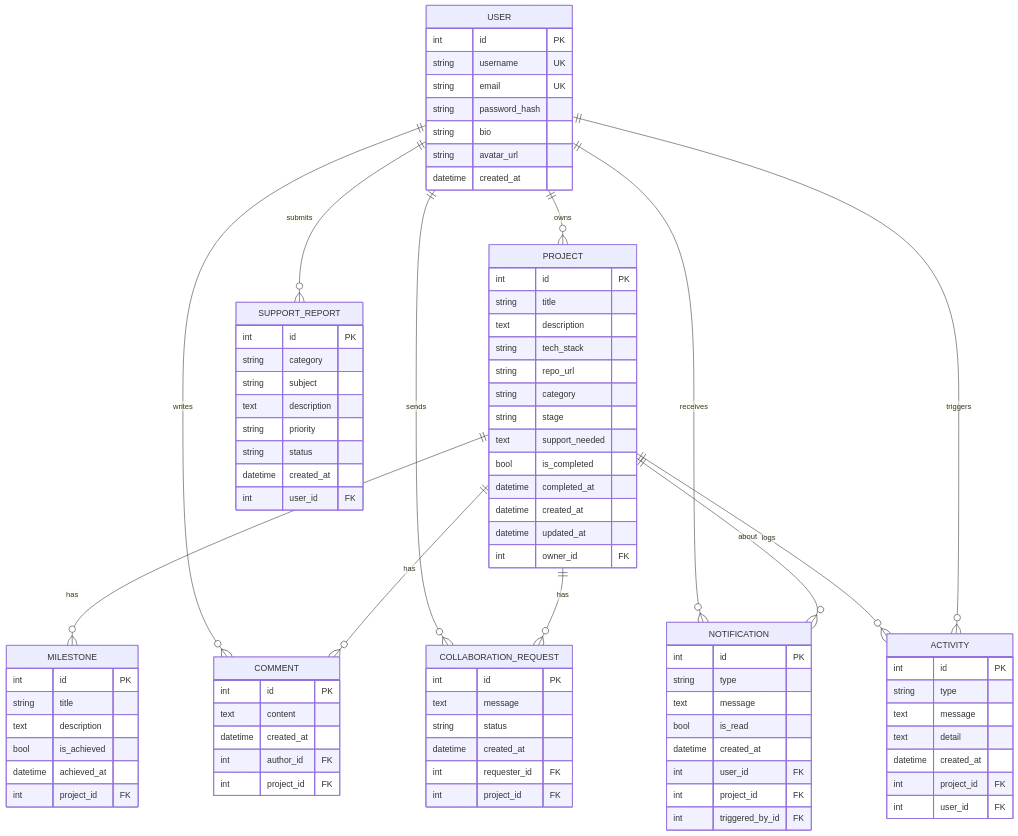
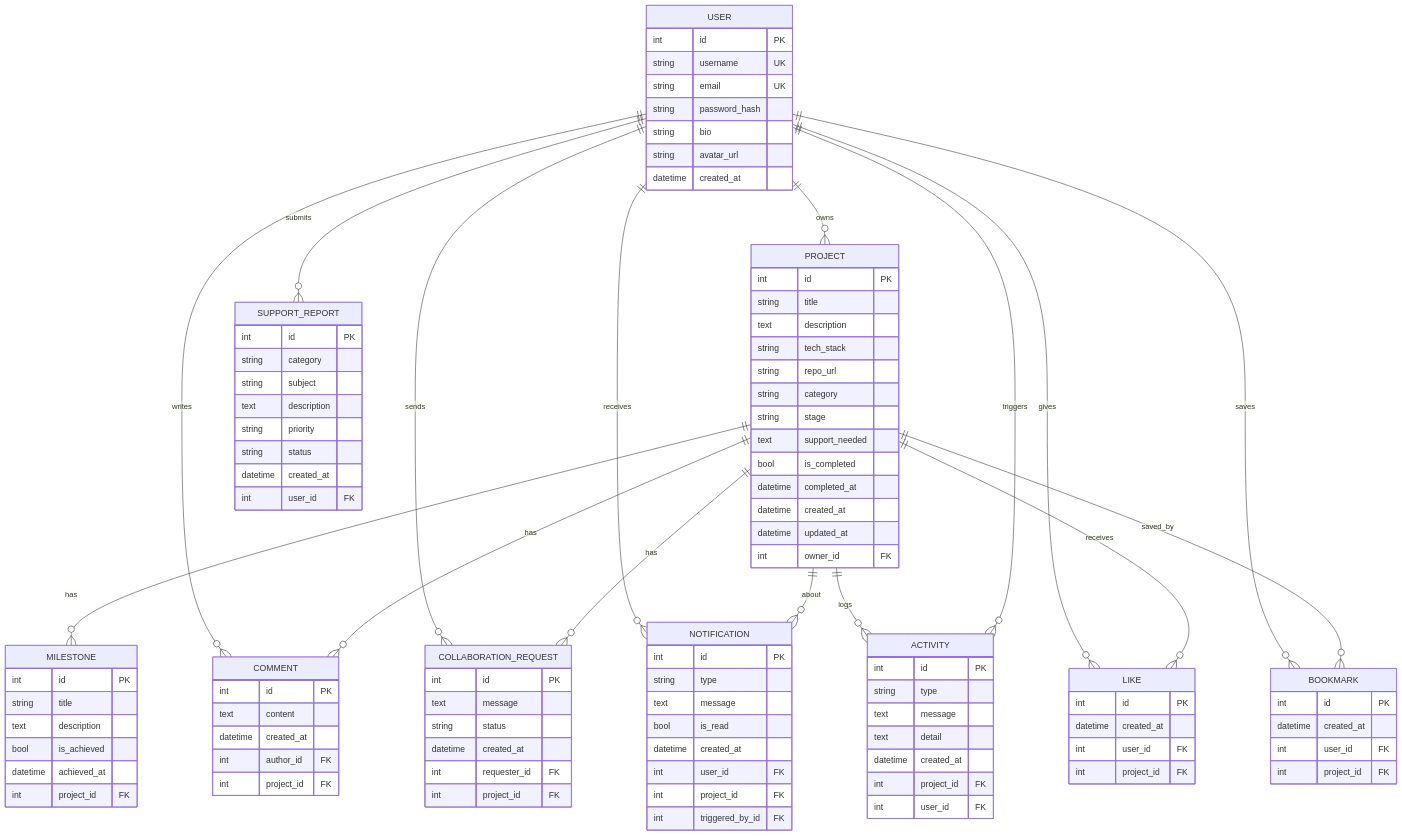
Before and after one commit to Kaylash07/MzansiBuilds-2.0: the second of 2 diagrams in README.md, drawn with Mermaid. The commit also changed other lines of this file, not shown here.

````diff
--- a/README.md
+++ b/README.md
@@ -272,4 +288,23 @@
     PROJECT ||--o{ NOTIFICATION : about
     PROJECT ||--o{ ACTIVITY : logs
     USER ||--o{ ACTIVITY : triggers
+
+    LIKE {
+        int id PK
+        datetime created_at
+        int user_id FK
+        int project_id FK
+    }
+
+    BOOKMARK {
+        int id PK
+        datetime created_at
+        int user_id FK
+        int project_id FK
+    }
+
+    USER ||--o{ LIKE : gives
+    PROJECT ||--o{ LIKE : receives
+    USER ||--o{ BOOKMARK : saves
+    PROJECT ||--o{ BOOKMARK : saved_by
 ```
````
